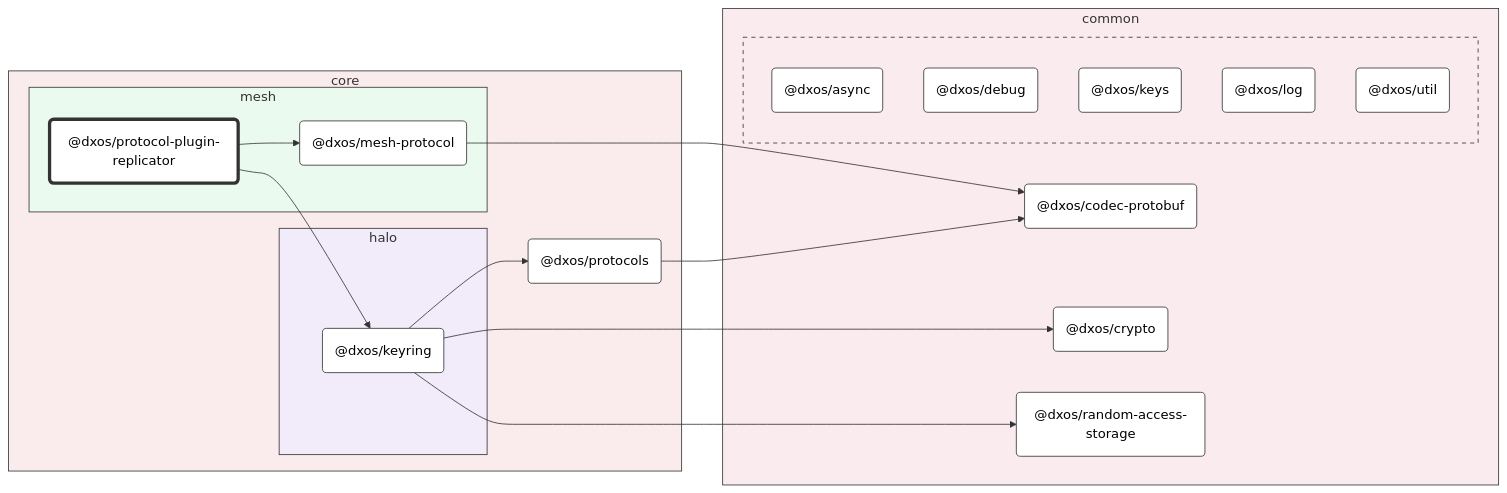
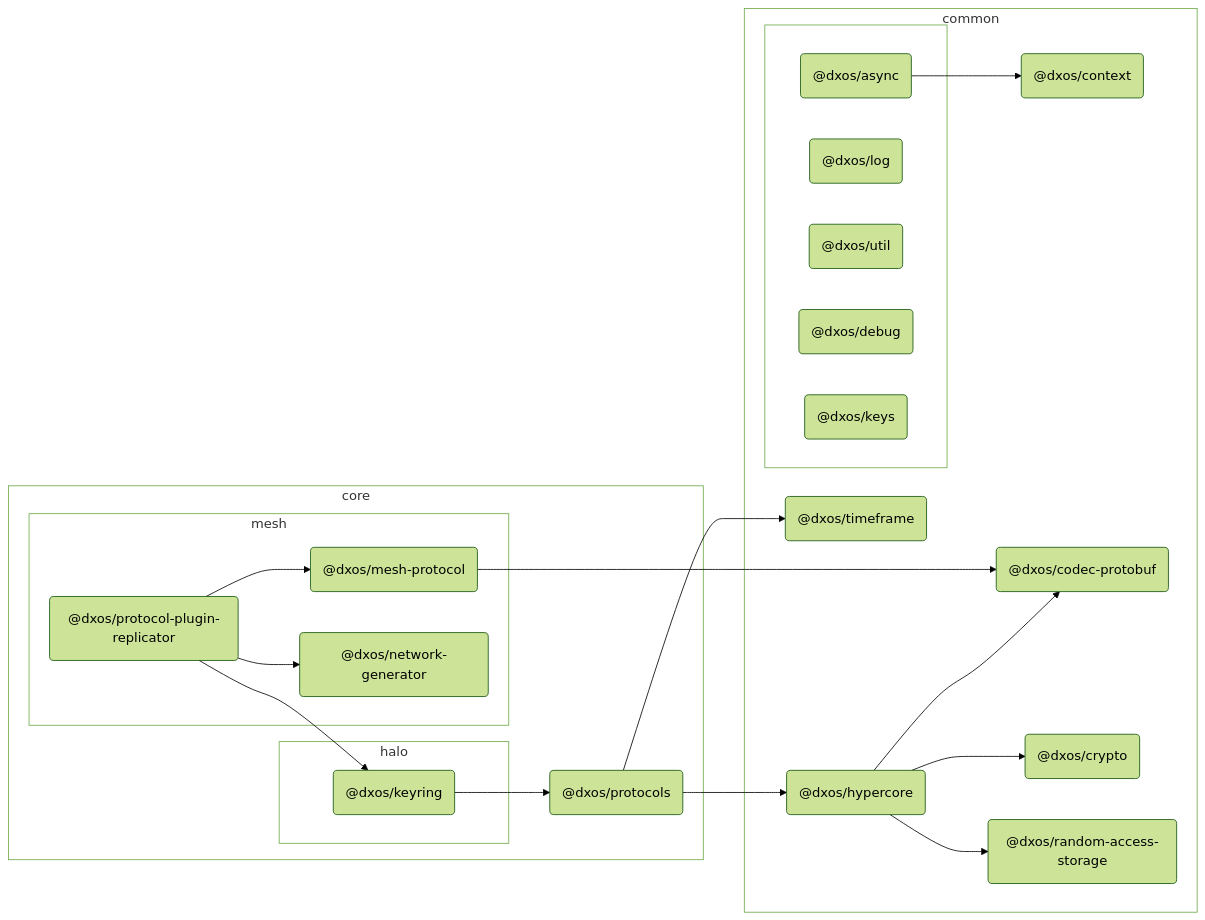
The diagram in packages/core/mesh/protocol-plugin-replicator/docs/README.md (dxos/dxos), drawn with Mermaid (forest theme) before and after one commit. The commit also changed other lines of this file and 126 other files, not shown here.

````diff
--- a/packages/core/mesh/protocol-plugin-replicator/docs/README.md
+++ b/packages/core/mesh/protocol-plugin-replicator/docs/README.md
@@ -7,65 +7,76 @@
 ```mermaid
 %%{ init: {'flowchart':{'curve':'basis'}} }%%
 
 flowchart LR
 
 %% Classes
-classDef def fill:#fff,stroke:#333,stroke-width:1px
-classDef root fill:#fff,stroke:#333,stroke-width:4px
+
+
 
 %% Nodes
 
 subgraph core [core]
-  style core fill:#faebec,stroke:#333
+  style core fill:transparent
   dxos/protocols("@dxos/protocols"):::def
   click dxos/protocols "dxos/dxos/tree/main/packages/core/protocols/docs"
 
   subgraph mesh [mesh]
-    style mesh fill:#ebfaef,stroke:#333
+    style mesh fill:transparent
     dxos/protocol-plugin-replicator("@dxos/protocol-plugin-replicator"):::root
     click dxos/protocol-plugin-replicator "dxos/dxos/tree/main/packages/core/mesh/protocol-plugin-replicator/docs"
     dxos/mesh-protocol("@dxos/mesh-protocol"):::def
     click dxos/mesh-protocol "dxos/dxos/tree/main/packages/core/mesh/mesh-protocol/docs"
+    dxos/network-generator("@dxos/network-generator"):::def
+    click dxos/network-generator "dxos/dxos/tree/main/packages/core/mesh/network-generator/docs"
   end
 
   subgraph halo [halo]
-    style halo fill:#f1ebfa,stroke:#333
+    style halo fill:transparent
     dxos/keyring("@dxos/keyring"):::def
     click dxos/keyring "dxos/dxos/tree/main/packages/core/halo/keyring/docs"
   end
 end
 
 subgraph common [common]
-  style common fill:#faebee,stroke:#333
+  style common fill:transparent
+  dxos/context("@dxos/context"):::def
+  click dxos/context "dxos/dxos/tree/main/packages/common/context/docs"
   dxos/codec-protobuf("@dxos/codec-protobuf"):::def
   click dxos/codec-protobuf "dxos/dxos/tree/main/packages/common/codec-protobuf/docs"
   dxos/crypto("@dxos/crypto"):::def
   click dxos/crypto "dxos/dxos/tree/main/packages/common/crypto/docs"
+  dxos/hypercore("@dxos/hypercore"):::def
+  click dxos/hypercore "dxos/dxos/tree/main/packages/common/hypercore/docs"
   dxos/random-access-storage("@dxos/random-access-storage"):::def
   click dxos/random-access-storage "dxos/dxos/tree/main/packages/common/random-access-storage/docs"
+  dxos/timeframe("@dxos/timeframe"):::def
+  click dxos/timeframe "dxos/dxos/tree/main/packages/common/timeframe/docs"
 
   subgraph _ [ ]
-    style _ fill:#faebee,stroke:#333,stroke-dasharray:5 5
+    style _ fill:transparent
     dxos/async("@dxos/async"):::def
     click dxos/async "dxos/dxos/tree/main/packages/common/async/docs"
+    dxos/log("@dxos/log"):::def
+    click dxos/log "dxos/dxos/tree/main/packages/common/log/docs"
+    dxos/util("@dxos/util"):::def
+    click dxos/util "dxos/dxos/tree/main/packages/common/util/docs"
     dxos/debug("@dxos/debug"):::def
     click dxos/debug "dxos/dxos/tree/main/packages/common/debug/docs"
     dxos/keys("@dxos/keys"):::def
     click dxos/keys "dxos/dxos/tree/main/packages/common/keys/docs"
-    dxos/log("@dxos/log"):::def
-    click dxos/log "dxos/dxos/tree/main/packages/common/log/docs"
-    dxos/util("@dxos/util"):::def
-    click dxos/util "dxos/dxos/tree/main/packages/common/util/docs"
   end
 end
 
 %% Links
-linkStyle default stroke:#333,stroke-width:1px
+dxos/async --> dxos/context
 dxos/protocol-plugin-replicator --> dxos/keyring
-dxos/keyring --> dxos/crypto
 dxos/keyring --> dxos/protocols
-dxos/protocols --> dxos/codec-protobuf
-dxos/keyring --> dxos/random-access-storage
+dxos/protocols --> dxos/hypercore
+dxos/hypercore --> dxos/codec-protobuf
+dxos/hypercore --> dxos/crypto
+dxos/hypercore --> dxos/random-access-storage
+dxos/protocols --> dxos/timeframe
 dxos/protocol-plugin-replicator --> dxos/mesh-protocol
 dxos/mesh-protocol --> dxos/codec-protobuf
+dxos/protocol-plugin-replicator --> dxos/network-generator
 ```
````
